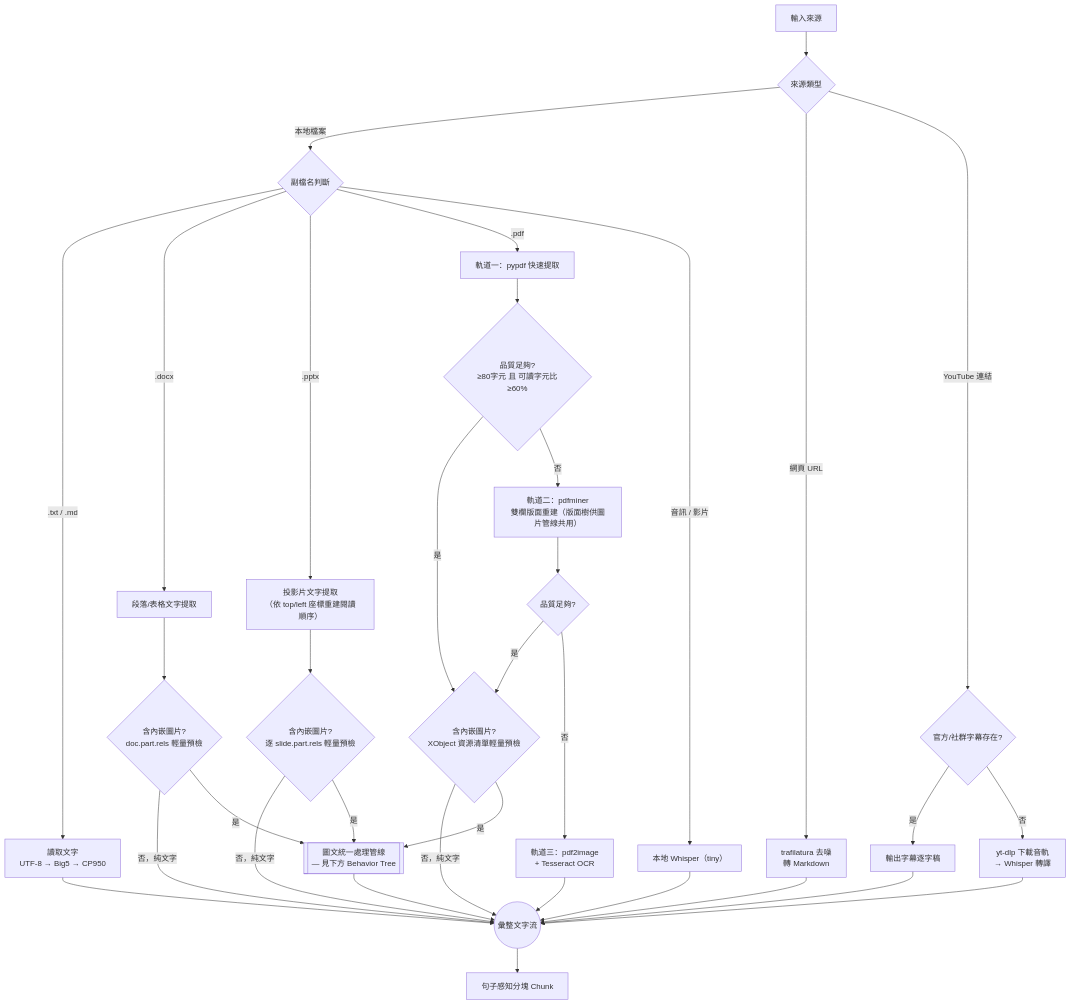
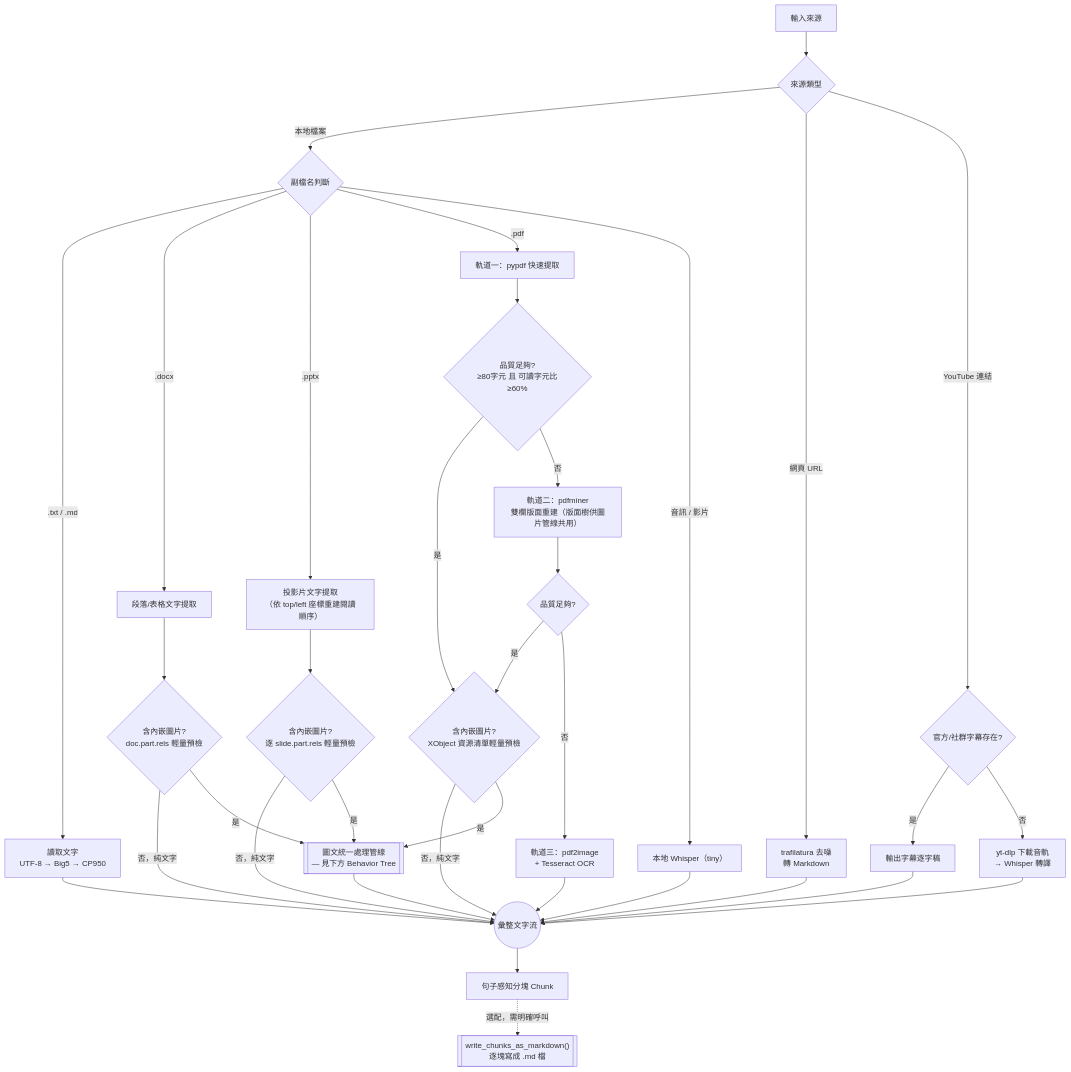
The first of 2 diagrams in parser/README.md (Chester930/world-knowledge-graph-rag), drawn with Mermaid before and after one commit. The commit also changed other lines of this file and 2 other files, not shown here.

````diff
--- a/parser/README.md
+++ b/parser/README.md
@@ -55,47 +55,48 @@
 ```mermaid
 flowchart TD
     IN[輸入來源] --> SRC{來源類型}
     SRC -->|本地檔案| EXT{副檔名判斷}
     SRC -->|網頁 URL| WEB["trafilatura 去噪<br/>轉 Markdown"]
     SRC -->|YouTube 連結| YT{官方/社群字幕存在?}
 
     EXT -->|.txt / .md| TXT["讀取文字<br/>UTF-8 → Big5 → CP950"]
     EXT -->|.docx| DOCXTXT["段落/表格文字提取"]
     EXT -->|.pptx| PPTXTXT["投影片文字提取<br/>（依 top/left 座標重建閱讀順序）"]
     EXT -->|.pdf| T1["軌道一：pypdf 快速提取"]
     EXT -->|音訊 / 影片| AUD["本地 Whisper（tiny）"]
 
     T1 --> Q1{"品質足夠?<br/>≥80字元 且 可讀字元比≥60%"}
     Q1 -->|是| CHKPDF
     Q1 -->|否| T2["軌道二：pdfminer<br/>雙欄版面重建（版面樹供圖片管線共用）"]
     T2 --> Q2{品質足夠?}
     Q2 -->|是| CHKPDF
     Q2 -->|否| T3["軌道三：pdf2image<br/>+ Tesseract OCR"]
     T3 --> OUT
 
     CHKPDF{"含內嵌圖片?<br/>XObject 資源清單輕量預檢"}
     CHKPDF -->|否，純文字| OUT
     CHKPDF -->|是| IMG
 
     DOCXTXT --> CHKDOCX{"含內嵌圖片?<br/>doc.part.rels 輕量預檢"}
     CHKDOCX -->|否，純文字| OUT
     CHKDOCX -->|是| IMG
 
     PPTXTXT --> CHKPPTX{"含內嵌圖片?<br/>逐 slide.part.rels 輕量預檢"}
     CHKPPTX -->|否，純文字| OUT
     CHKPPTX -->|是| IMG
 
     IMG[["圖文統一處理管線<br/>— 見下方 Behavior Tree"]]
     IMG --> OUT((彙整文字流))
 
     YT -->|是| SUB[輸出字幕逐字稿]
     YT -->|否| YTB["yt-dlp 下載音軌<br/>→ Whisper 轉譯"]
 
     SUB --> OUT
     YTB --> OUT
     WEB --> OUT
     TXT --> OUT
     AUD --> OUT
 
     OUT --> CHUNK[句子感知分塊 Chunk]
+    CHUNK -.->|選配，需明確呼叫| WRITE[["write_chunks_as_markdown()<br/>逐塊寫成 .md 檔"]]
 ```
````
